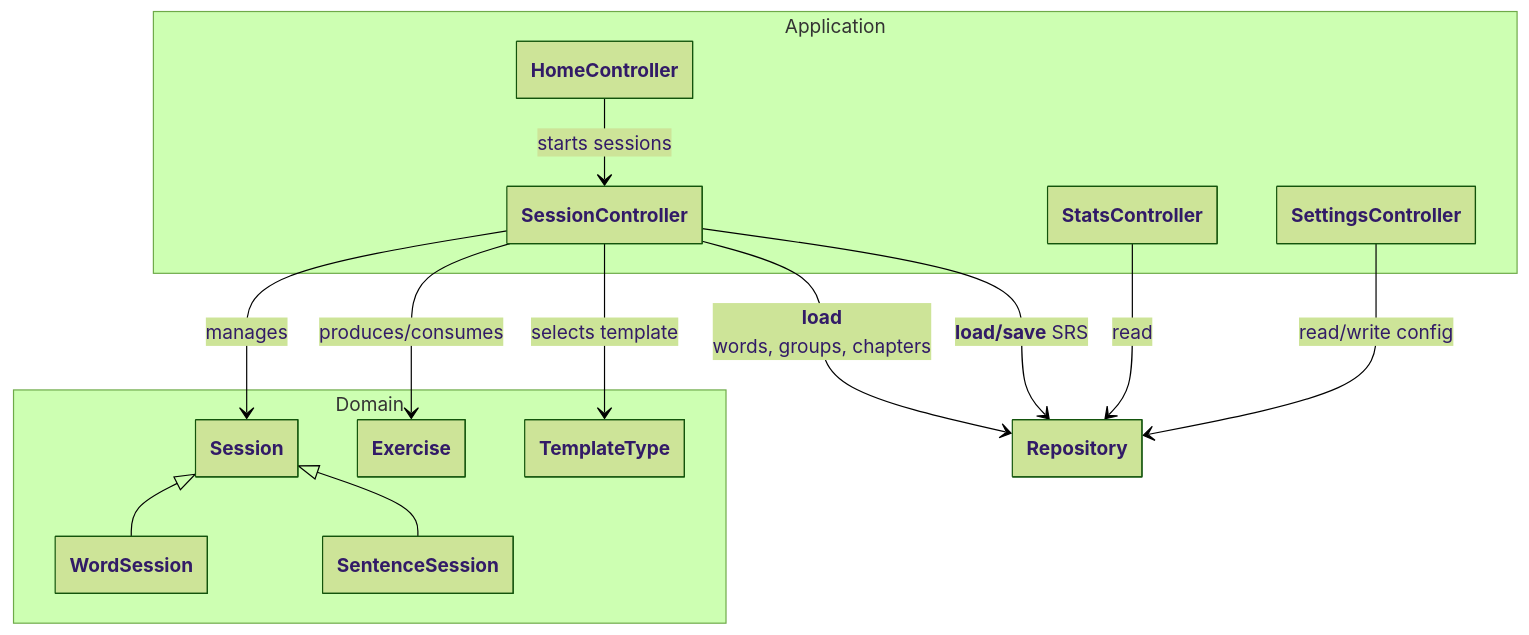
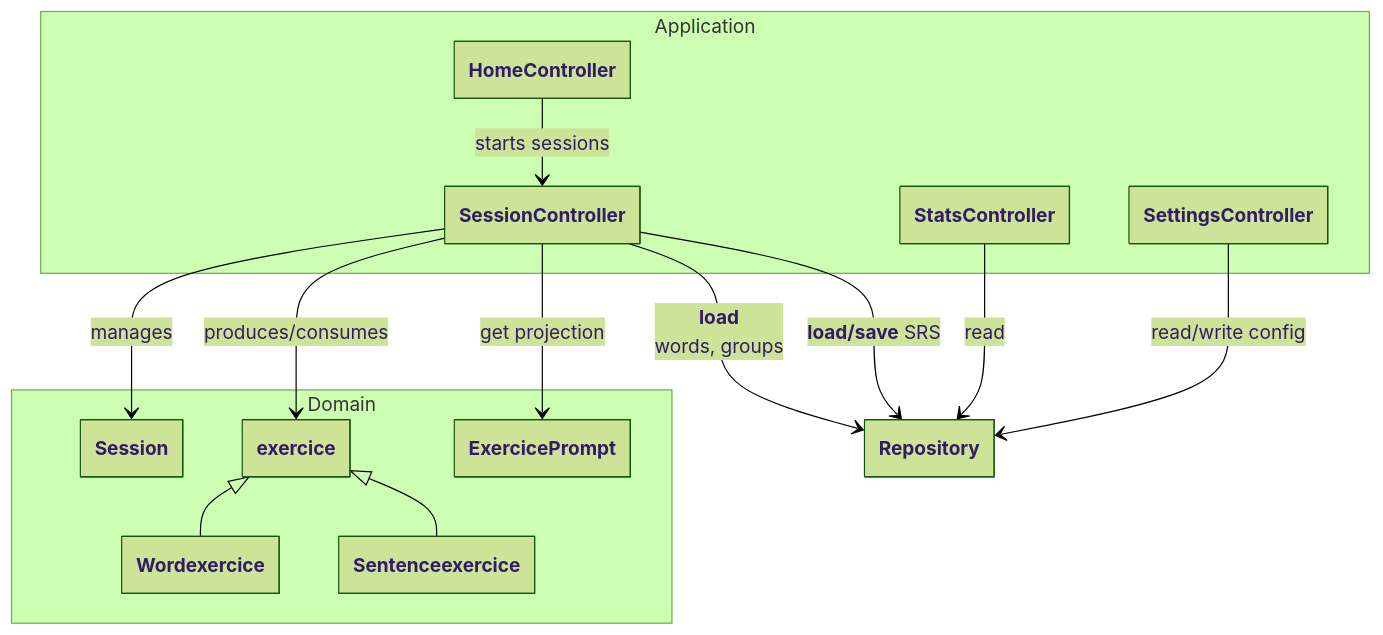
Before and after one commit to Antoine-Lagache/psitta: the diagram in docs/architecture/application.md, drawn with Mermaid (forest theme). The commit also changed other lines of this file and 11 other files, not shown here.

Commit message:
alignement docs et domain pour l'architecture

````diff
--- a/docs/architecture/application.md
+++ b/docs/architecture/application.md
@@ -17,38 +17,38 @@
 ```mermaid
 %%{init: {"class": {"hideEmptyMembersBox": true}} }%%
 classDiagram
 
 namespace Application {
   class HomeController
   class SessionController
   class StatsController
   class SettingsController
 }
 
 namespace Domain {
   class Session
-  class WordSession
-  class SentenceSession
-  class Exercise
-  class TemplateType
+  class exercice
+  class Wordexercice
+  class Sentenceexercice
+  class ExercicePrompt
 }
 
 
 %% Domain inheritance
-Session <|-- WordSession
-Session <|-- SentenceSession
+exercice <|-- Wordexercice
+exercice <|-- Sentenceexercice
 
 %% Application -> Domain
 HomeController --> SessionController : starts sessions
 SessionController --> Session : manages
-SessionController --> Exercise : produces/consumes
-SessionController --> TemplateType : selects template
+SessionController --> exercice : produces/consumes
+SessionController --> ExercicePrompt : get projection
 
 %% Application -> Persistence
-SessionController --> Repository : **load**<br/> words, groups, chapters
+SessionController --> Repository : **load**<br/> words, groups
 SessionController --> Repository : **load/save** SRS
 
 StatsController --> Repository: read
 
 SettingsController --> Repository : read/write config
 ```
````
